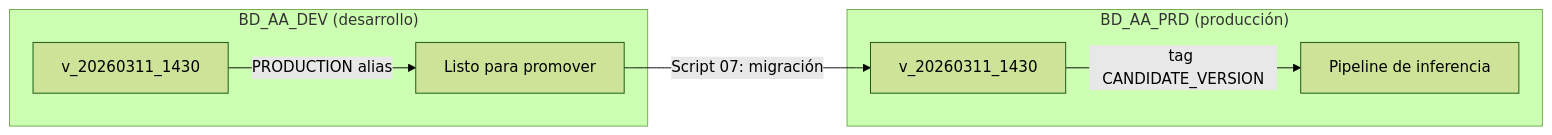
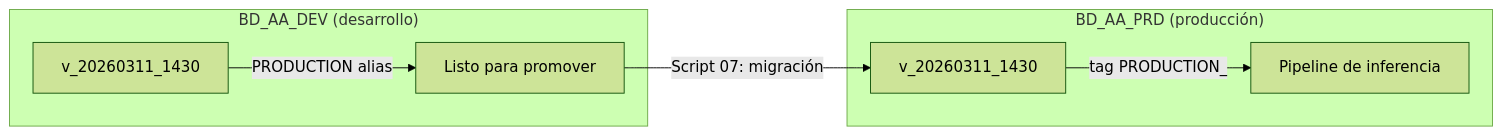
The diagram in migration/docs/naming_convention.md (HiroForYou/demo-mlops-snowflake), drawn with Mermaid (forest theme) before and after one commit. The commit also changed other lines of this file and 32 other files, not shown here.

````diff
--- a/migration/docs/naming_convention.md
+++ b/migration/docs/naming_convention.md
@@ -74,10 +80,10 @@
 ```mermaid
 flowchart LR
     subgraph DEV ["BD_AA_DEV (desarrollo)"]
         A["v_20260311_1430"] -- "PRODUCTION alias" --> B["Listo para promover"]
     end
     subgraph PROD ["BD_AA_PRD (producción)"]
-        C["v_20260311_1430"] -- "tag CANDIDATE_VERSION" --> D["Pipeline de inferencia"]
+        C["v_20260311_1430"] -- "tag PRODUCTION_<USE_CASE>" --> D["Pipeline de inferencia"]
     end
     B -- "Script 07: migración" --> C
 ```
````
